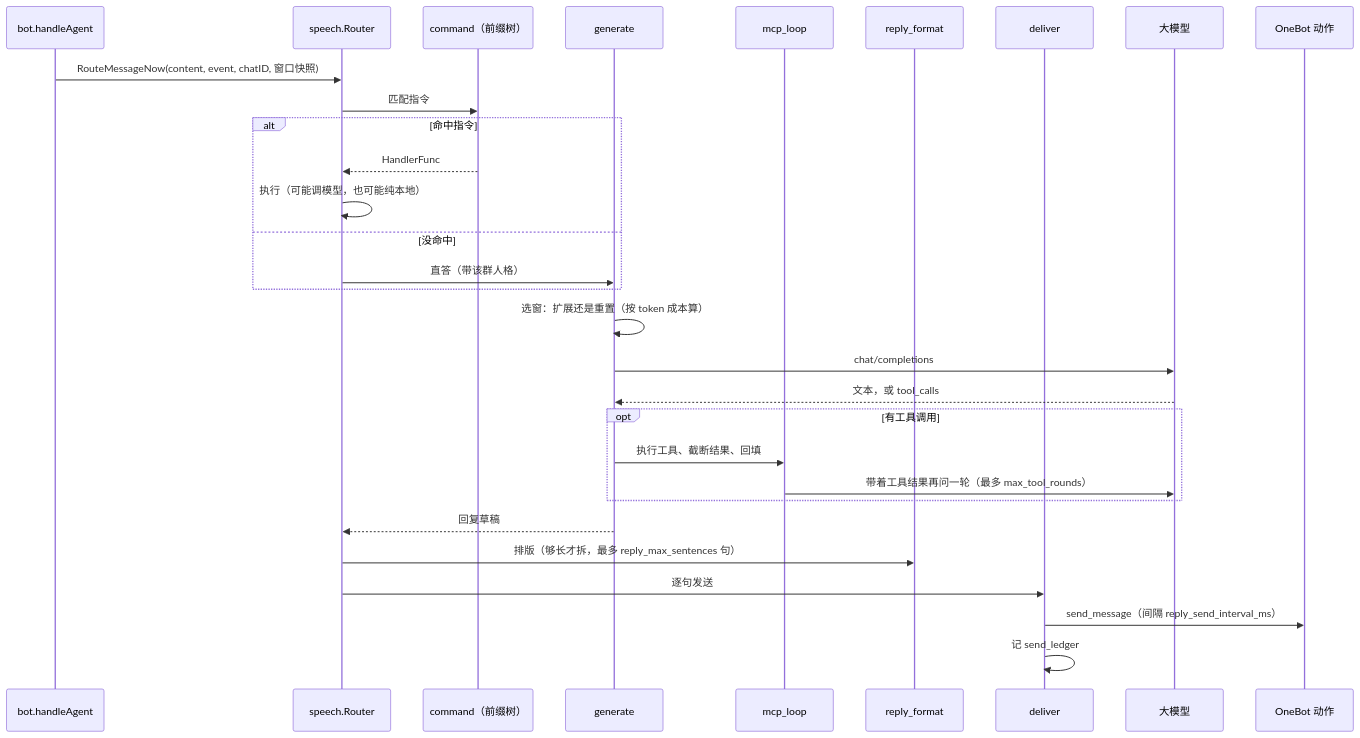
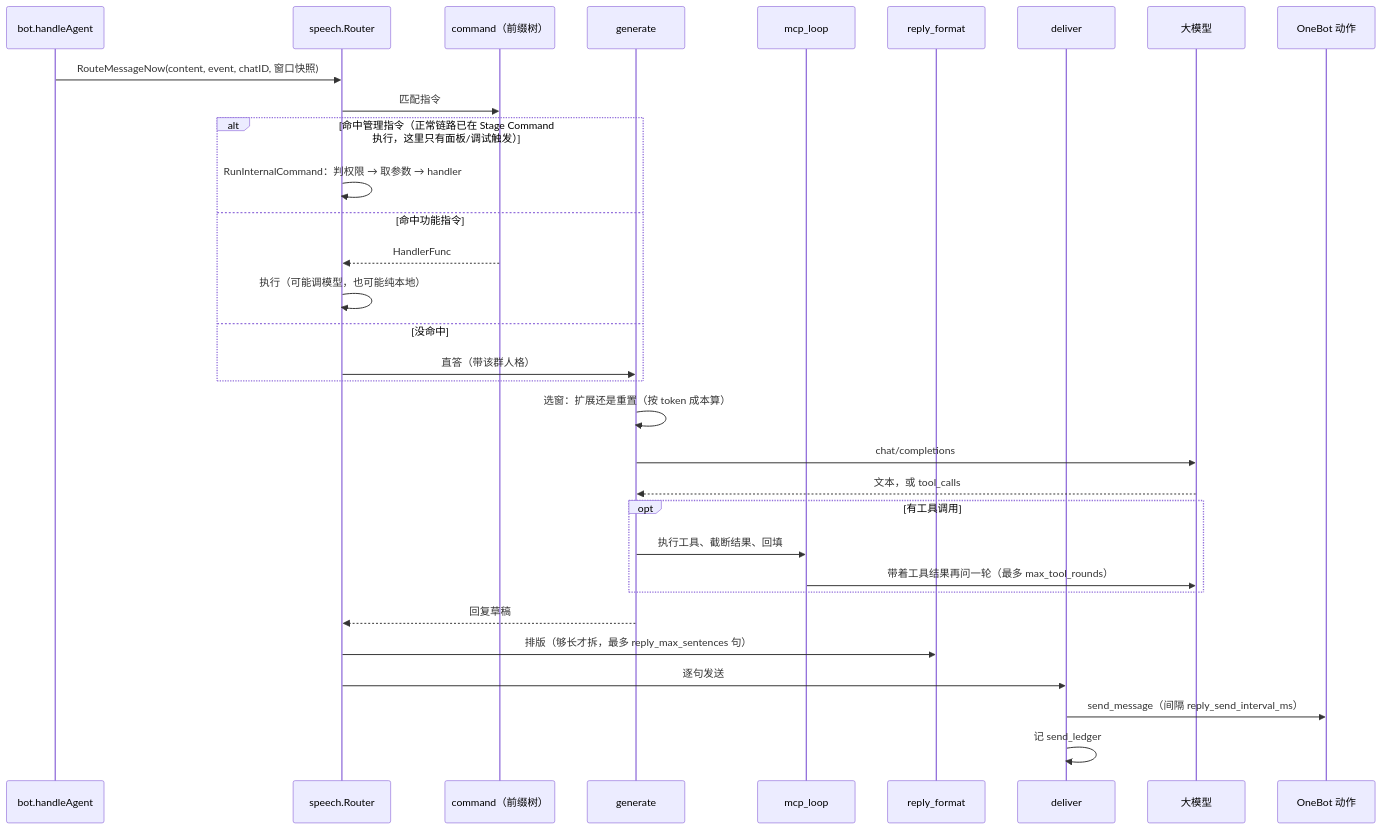
Before and after one commit to CanWeakerWriteStrongCode/good-review-master: the diagram in docs/domains/speech.md, drawn with Mermaid. The commit also changed other lines of this file and 20 other files, not shown here.

````diff
--- a/docs/domains/speech.md
+++ b/docs/domains/speech.md
@@ -46,33 +59,35 @@
 ```mermaid
 sequenceDiagram
   participant B as bot.handleAgent
   participant R as speech.Router
   participant C as command（前缀树）
   participant G as generate
   participant K as mcp_loop
   participant F as reply_format
   participant D as deliver
   participant L as 大模型
   participant O as OneBot 动作
 
   B->>R: RouteMessageNow(content, event, chatID, 窗口快照)
   R->>C: 匹配指令
-  alt 命中指令
+  alt 命中管理指令（正常链路已在 Stage Command 执行，这里只有面板/调试触发）
+    R->>R: RunInternalCommand：判权限 → 取参数 → handler
+  else 命中功能指令
     C-->>R: HandlerFunc
     R->>R: 执行（可能调模型，也可能纯本地）
   else 没命中
     R->>G: 直答（带该群人格）
   end
   G->>G: 选窗：扩展还是重置（按 token 成本算）
   G->>L: chat/completions
   L-->>G: 文本，或 tool_calls
   opt 有工具调用
     G->>K: 执行工具、截断结果、回填
     K->>L: 带着工具结果再问一轮（最多 max_tool_rounds）
   end
   G-->>R: 回复草稿
   R->>F: 排版（够长才拆，最多 reply_max_sentences 句）
   R->>D: 逐句发送
   D->>O: send_message（间隔 reply_send_interval_ms）
   D->>D: 记 send_ledger
 ```
````
